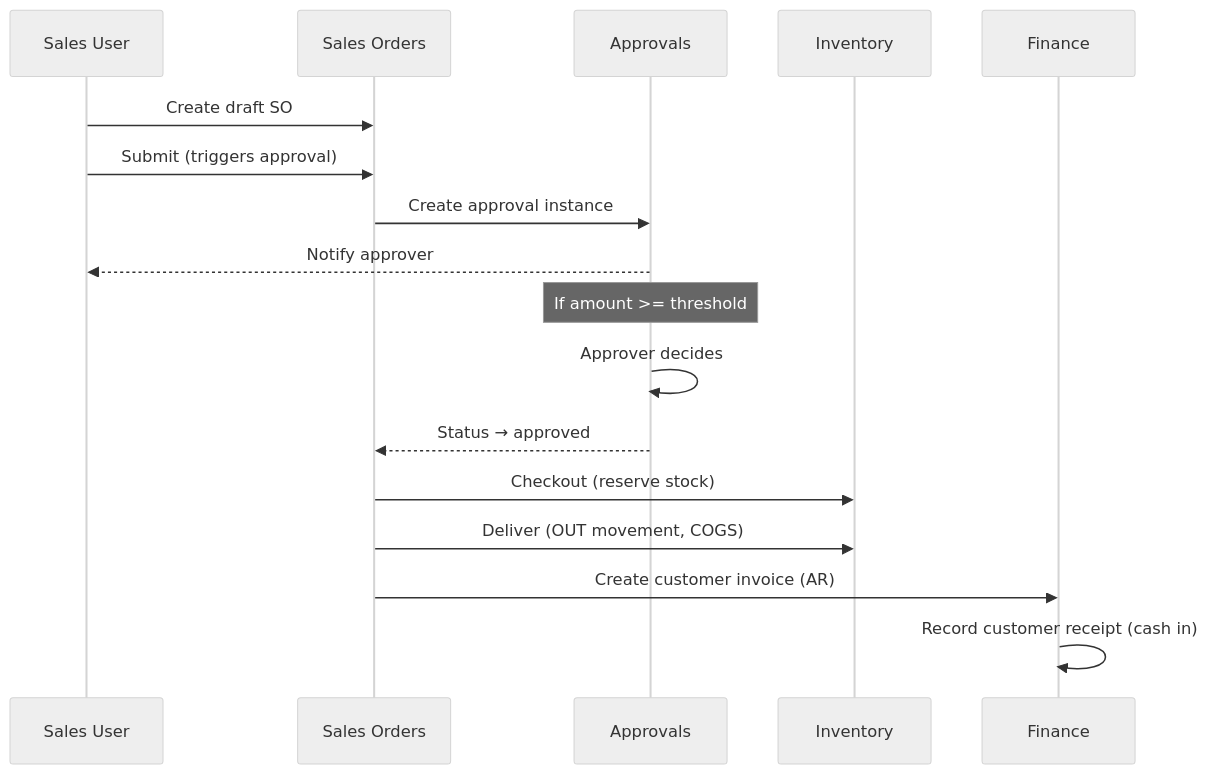
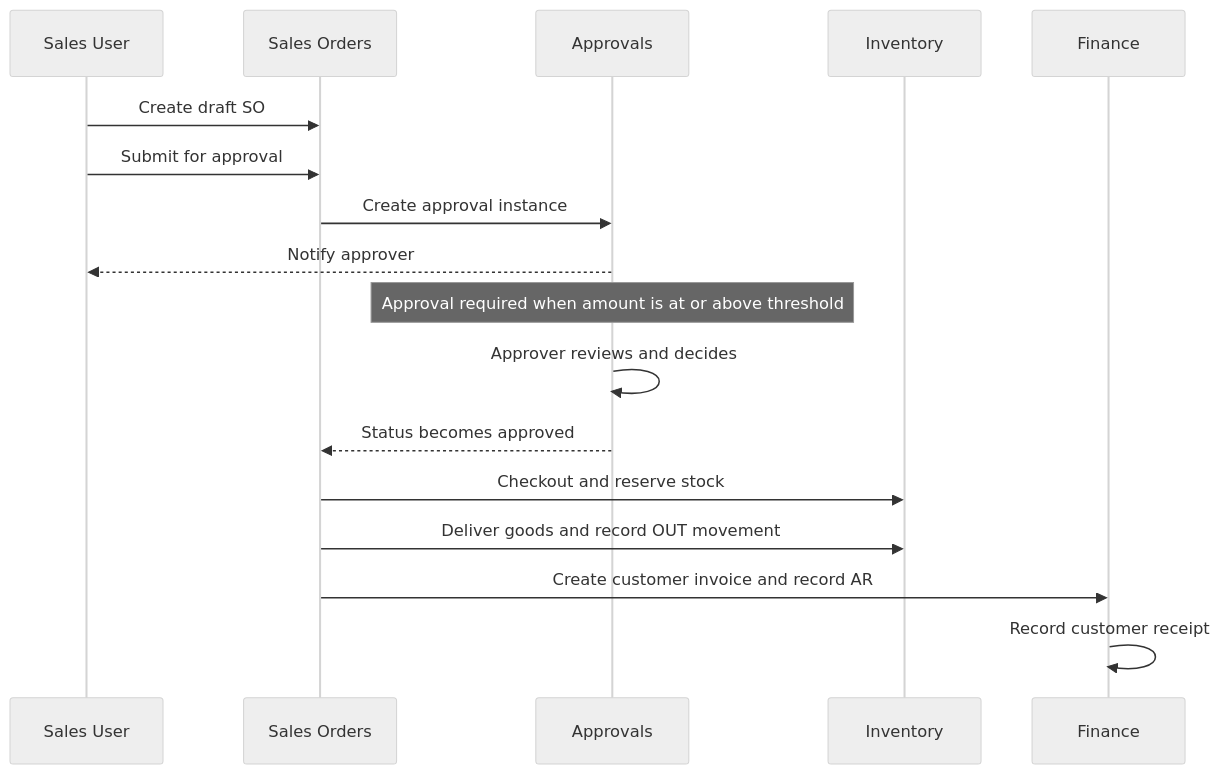
One commit to neuralforgeio/StockKit changed the second of 2 diagrams in README.md. Above: the diagram before and after it, drawn with Mermaid (neutral theme). The commit also changed other lines of this file, not shown here.

````diff
--- a/README.md
+++ b/README.md
@@ -190,23 +214,23 @@
 ```mermaid
 sequenceDiagram
     participant U as Sales User
     participant SO as Sales Orders
     participant A as Approvals
     participant I as Inventory
     participant F as Finance
 
     U->>SO: Create draft SO
-    U->>SO: Submit (triggers approval)
+    U->>SO: Submit for approval
     SO->>A: Create approval instance
     A-->>U: Notify approver
 
-    Note over A: If amount >= threshold
+    Note over A: Approval required when amount is at or above threshold
 
-    A->>A: Approver decides
-    A-->>SO: Status → approved
+    A->>A: Approver reviews and decides
+    A-->>SO: Status becomes approved
 
-    SO->>I: Checkout (reserve stock)
-    SO->>I: Deliver (OUT movement, COGS)
-    SO->>F: Create customer invoice (AR)
-    F->>F: Record customer receipt (cash in)
+    SO->>I: Checkout and reserve stock
+    SO->>I: Deliver goods and record OUT movement
+    SO->>F: Create customer invoice and record AR
+    F->>F: Record customer receipt
 ```
````
